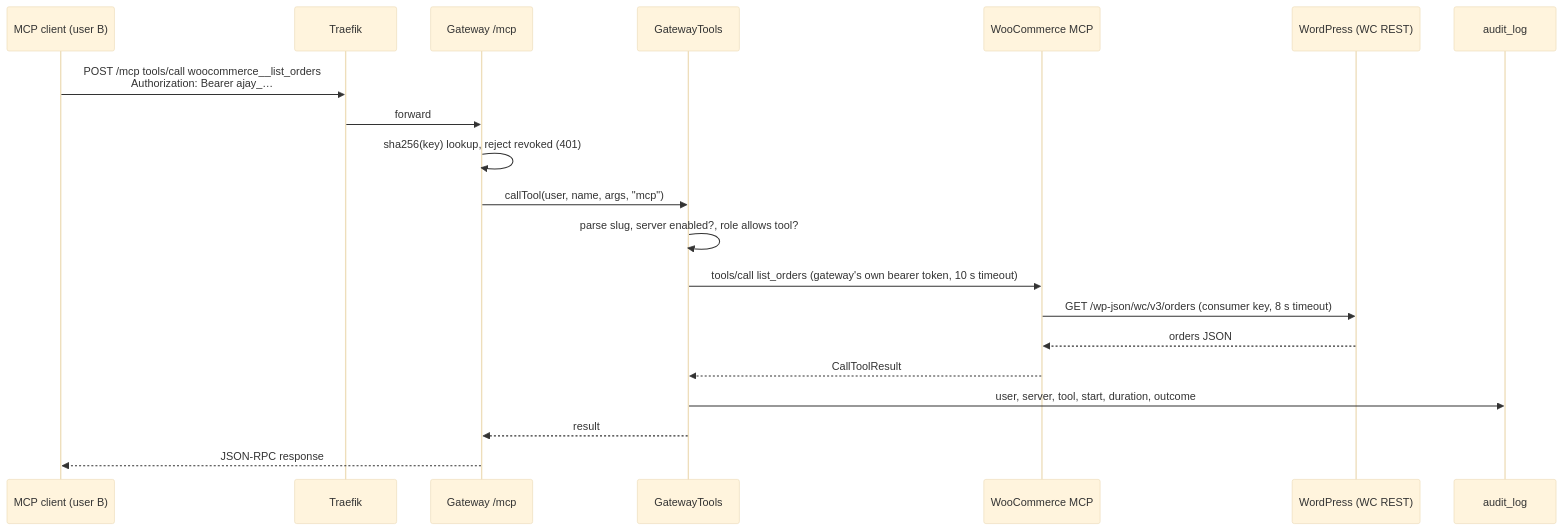
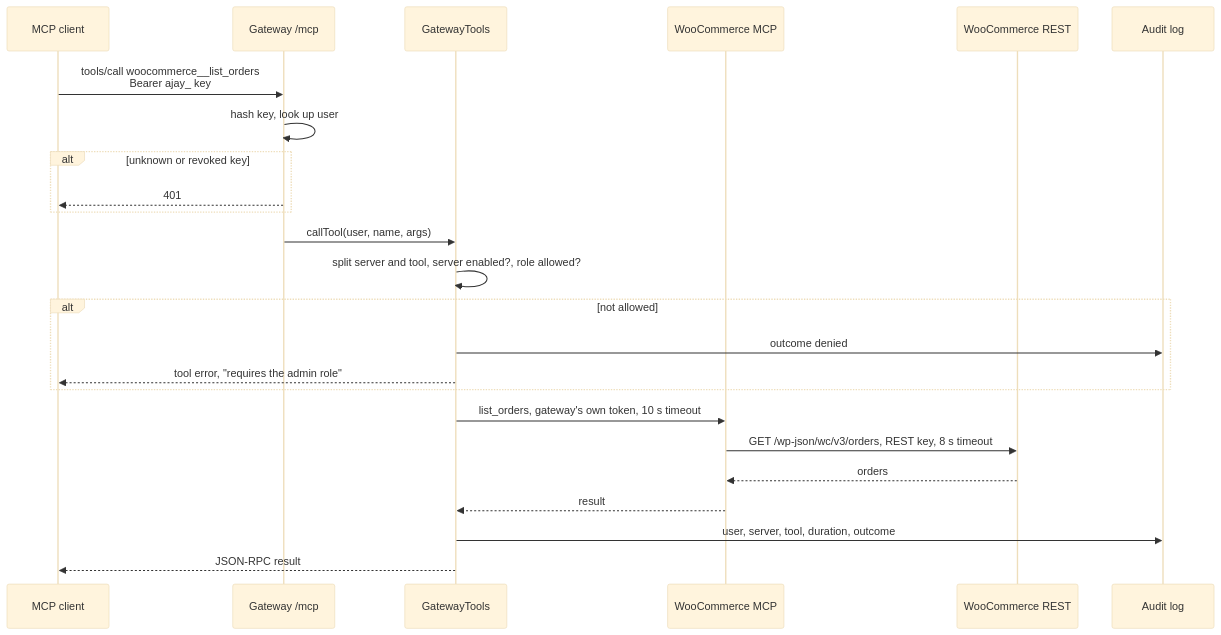
One commit to Ajay-Ankam/WooCommerceMCP changed the first of 2 diagrams in docs/system-design.md. Above: the diagram before and after it, drawn with Mermaid (base theme). The commit also changed other lines of this file and 9 other files, not shown here.

````diff
--- a/docs/system-design.md
+++ b/docs/system-design.md
@@ -84,22 +30,26 @@
 ```mermaid
 sequenceDiagram
-  participant C as MCP client (user B)
-  participant T as Traefik
+  participant C as MCP client
   participant G as Gateway /mcp
   participant P as GatewayTools
   participant W as WooCommerce MCP
-  participant S as WordPress (WC REST)
-  participant A as audit_log
-  C->>T: POST /mcp tools/call woocommerce__list_orders<br/>Authorization: Bearer ajay_…
-  T->>G: forward
-  G->>G: sha256(key) lookup, reject revoked (401)
-  G->>P: callTool(user, name, args, "mcp")
-  P->>P: parse slug, server enabled?, role allows tool?
-  P->>W: tools/call list_orders (gateway's own bearer token, 10 s timeout)
-  W->>S: GET /wp-json/wc/v3/orders (consumer key, 8 s timeout)
-  S-->>W: orders JSON
-  W-->>P: CallToolResult
-  P->>A: user, server, tool, start, duration, outcome
-  P-->>G: result
-  G-->>C: JSON-RPC response
+  participant S as WooCommerce REST
+  participant A as Audit log
+  C->>G: tools/call woocommerce__list_orders<br/>Bearer ajay_ key
+  G->>G: hash key, look up user
+  alt unknown or revoked key
+    G-->>C: 401
+  end
+  G->>P: callTool(user, name, args)
+  P->>P: split server and tool, server enabled?, role allowed?
+  alt not allowed
+    P->>A: outcome denied
+    P-->>C: tool error, "requires the admin role"
+  end
+  P->>W: list_orders, gateway's own token, 10 s timeout
+  W->>S: GET /wp-json/wc/v3/orders, REST key, 8 s timeout
+  S-->>W: orders
+  W-->>P: result
+  P->>A: user, server, tool, duration, outcome
+  P-->>C: JSON-RPC result
 ```
````
